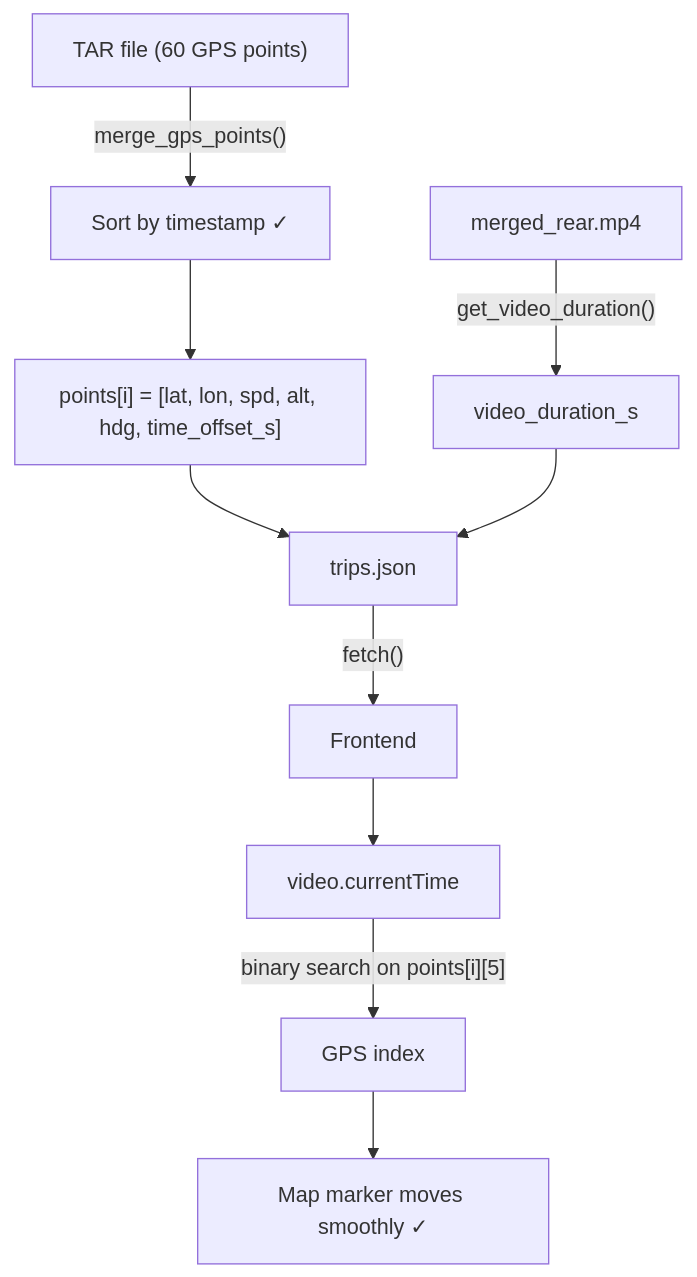
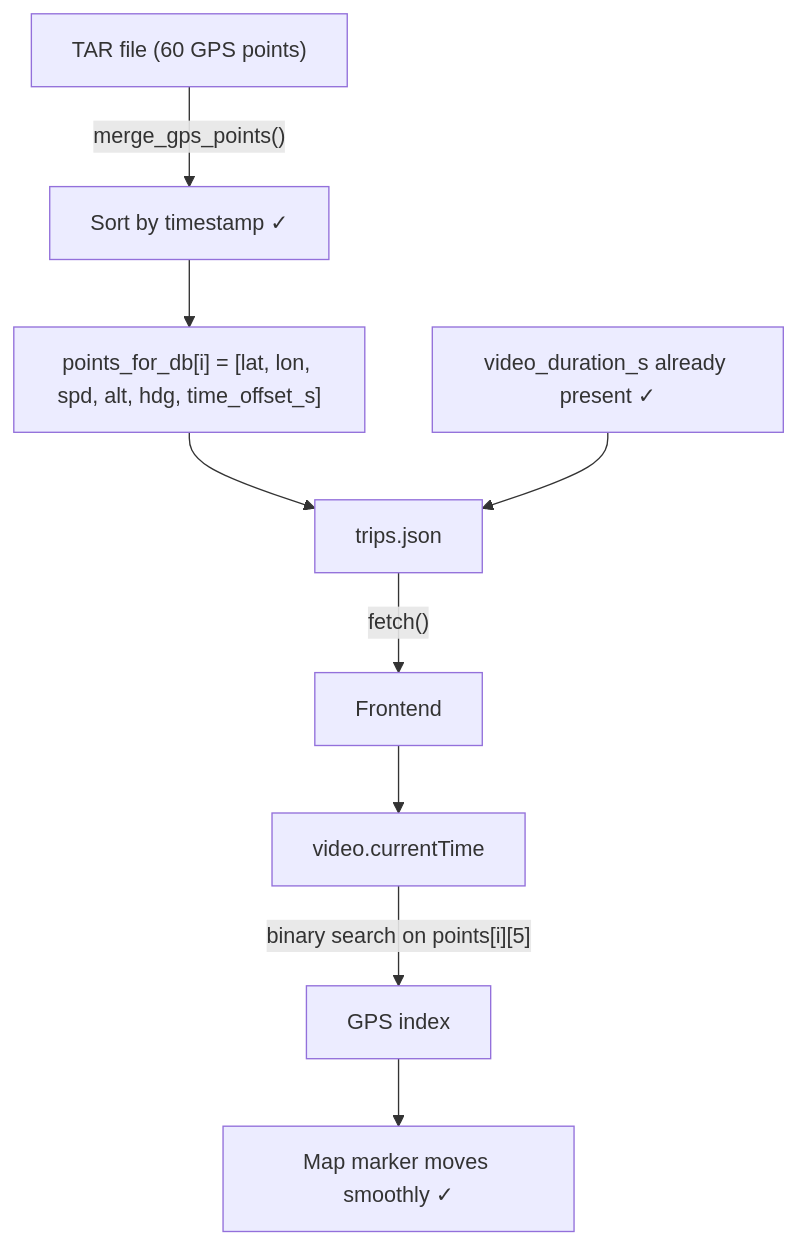
One commit to fabianobr/ddpai-extractor changed the diagram in docs/superpowers/specs/2026-03-24-gps-sort-fix-design.md. Above: the diagram before and after it, drawn with Mermaid. The commit also changed other lines of this file, not shown here.

````diff
--- a/docs/superpowers/specs/2026-03-24-gps-sort-fix-design.md
+++ b/docs/superpowers/specs/2026-03-24-gps-sort-fix-design.md
@@ -125,13 +143,12 @@
 ```mermaid
 graph TD
     A["TAR file (60 GPS points)"] -->|"merge_gps_points()"| B["Sort by timestamp ✓"]
-    B --> C["points[i] = [lat, lon, spd, alt, hdg, time_offset_s]"]
-    D["merged_rear.mp4"] -->|"get_video_duration()"| E["video_duration_s"]
+    B --> C["points_for_db[i] = [lat, lon, spd, alt, hdg, time_offset_s]"]
     C --> F["trips.json"]
-    E --> F
+    E["video_duration_s already present ✓"] --> F
 
     F -->|"fetch()"| G["Frontend"]
     G --> H["video.currentTime"]
     H -->|"binary search on points[i][5]"| I["GPS index"]
     I --> J["Map marker moves smoothly ✓"]
 ```
````
